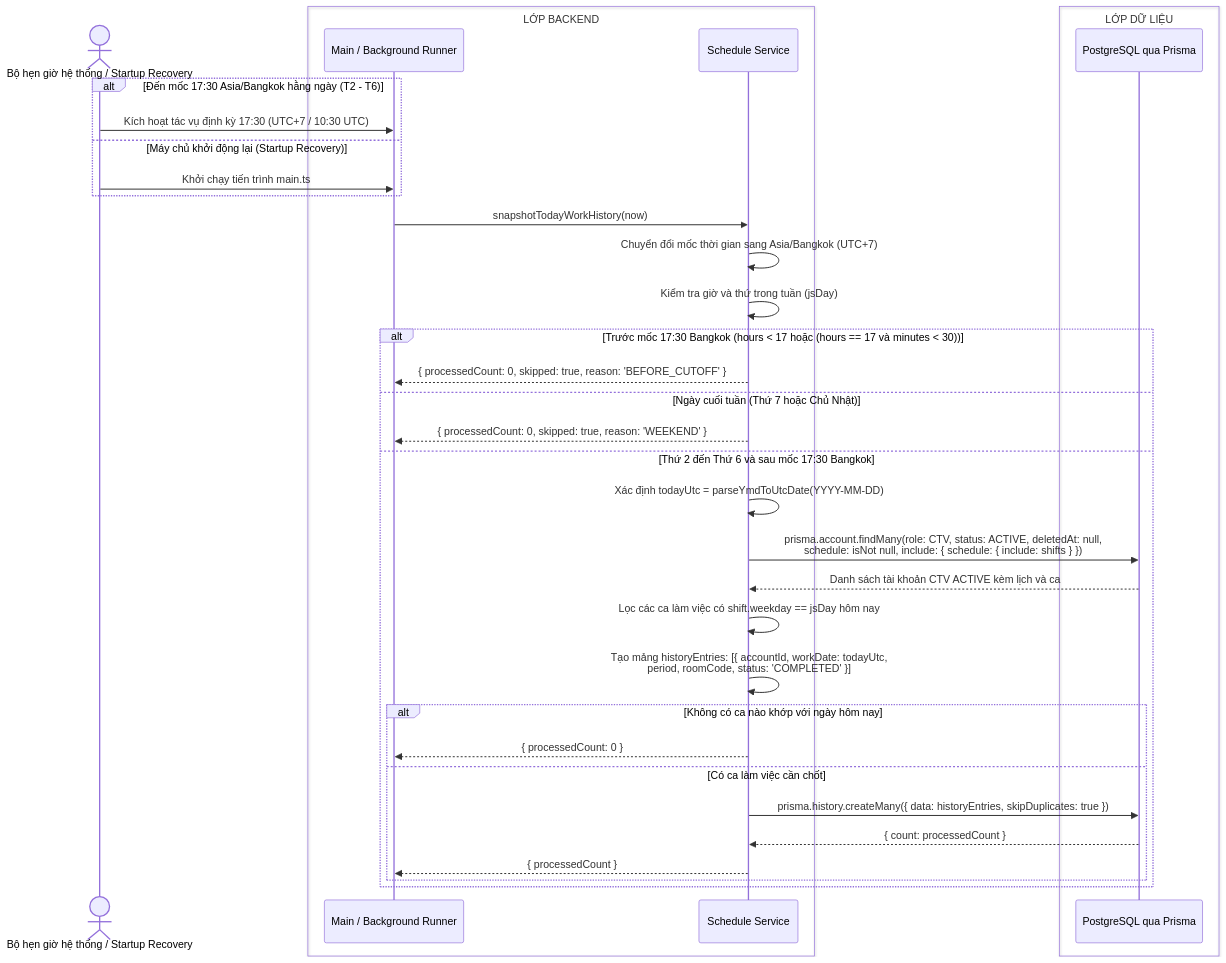
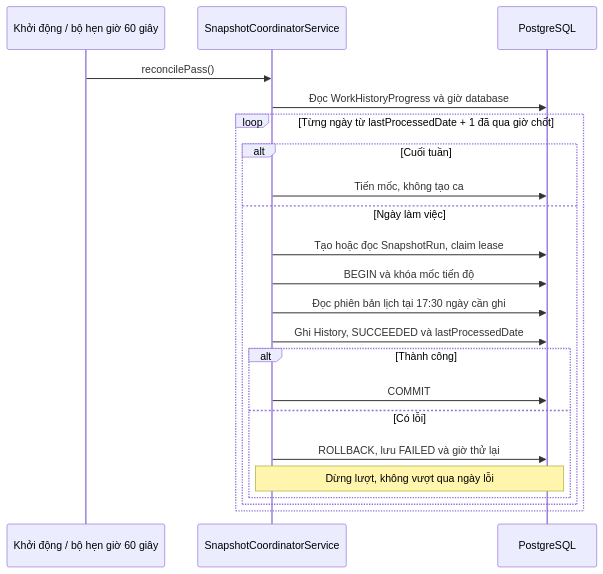
Before and after one commit to MINHDZVODICH/ctv-manage: the diagram in docs/sequence-diagrams/06-chot-lich-su-lam-viec-tu-dong.md, drawn with Mermaid. The commit also changed other lines of this file and 16 other files, not shown here.

Commit message:
fix(schedule): recover work history using persistent progress and revisions

````diff
--- a/docs/sequence-diagrams/06-chot-lich-su-lam-viec-tu-dong.md
+++ b/docs/sequence-diagrams/06-chot-lich-su-lam-viec-tu-dong.md
@@ -5,41 +5,24 @@
 ```mermaid
 sequenceDiagram
-    actor Cron as Bộ hẹn giờ hệ thống / Startup Recovery
-    box LỚP BACKEND
-        participant M as Main / Background Runner
-        participant S as Schedule Service
-    end
-    box LỚP DỮ LIỆU
-        participant DB as PostgreSQL qua Prisma
-    end
-
-    alt Đến mốc 17:30 Asia/Bangkok hằng ngày (T2 - T6)
-        Cron->>M: Kích hoạt tác vụ định kỳ 17:30 (UTC+7 / 10:30 UTC)
-    else Máy chủ khởi động lại (Startup Recovery)
-        Cron->>M: Khởi chạy tiến trình main.ts
-    end
-
-    M->>S: snapshotTodayWorkHistory(now)
-    S->>S: Chuyển đổi mốc thời gian sang Asia/Bangkok (UTC+7)
-    S->>S: Kiểm tra giờ và thứ trong tuần (jsDay)
-
-    alt Trước mốc 17:30 Bangkok (hours < 17 hoặc (hours == 17 và minutes < 30))
-        S-->>M: { processedCount: 0, skipped: true, reason: 'BEFORE_CUTOFF' }
-    else Ngày cuối tuần (Thứ 7 hoặc Chủ Nhật)
-        S-->>M: { processedCount: 0, skipped: true, reason: 'WEEKEND' }
-    else Thứ 2 đến Thứ 6 và sau mốc 17:30 Bangkok
-        S->>S: Xác định todayUtc = parseYmdToUtcDate(YYYY-MM-DD)
-        S->>DB: prisma.account.findMany(role: CTV, status: ACTIVE, deletedAt: null,<br/>schedule: isNot null, include: { schedule: { include: shifts } })
-        DB-->>S: Danh sách tài khoản CTV ACTIVE kèm lịch và ca
-        S->>S: Lọc các ca làm việc có shift.weekday == jsDay hôm nay
-        S->>S: Tạo mảng historyEntries: [{ accountId, workDate: todayUtc,<br/>period, roomCode, status: 'COMPLETED' }]
-
-        alt Không có ca nào khớp với ngày hôm nay
-            S-->>M: { processedCount: 0 }
-        else Có ca làm việc cần chốt
-            S->>DB: prisma.history.createMany({ data: historyEntries, skipDuplicates: true })
-            DB-->>S: { count: processedCount }
-            S-->>M: { processedCount }
+    participant Job as Khởi động / bộ hẹn giờ 60 giây
+    participant S as SnapshotCoordinatorService
+    participant DB as PostgreSQL
+    Job->>S: reconcilePass()
+    S->>DB: Đọc WorkHistoryProgress và giờ database
+    loop Từng ngày từ lastProcessedDate + 1 đã qua giờ chốt
+        alt Cuối tuần
+            S->>DB: Tiến mốc, không tạo ca
+        else Ngày làm việc
+            S->>DB: Tạo hoặc đọc SnapshotRun, claim lease
+            S->>DB: BEGIN và khóa mốc tiến độ
+            S->>DB: Đọc phiên bản lịch tại 17:30 ngày cần ghi
+            S->>DB: Ghi History, SUCCEEDED và lastProcessedDate
+            alt Thành công
+                S->>DB: COMMIT
+            else Có lỗi
+                S->>DB: ROLLBACK, lưu FAILED và giờ thử lại
+                Note over S,DB: Dừng lượt, không vượt qua ngày lỗi
+            end
         end
     end
 ```
````
